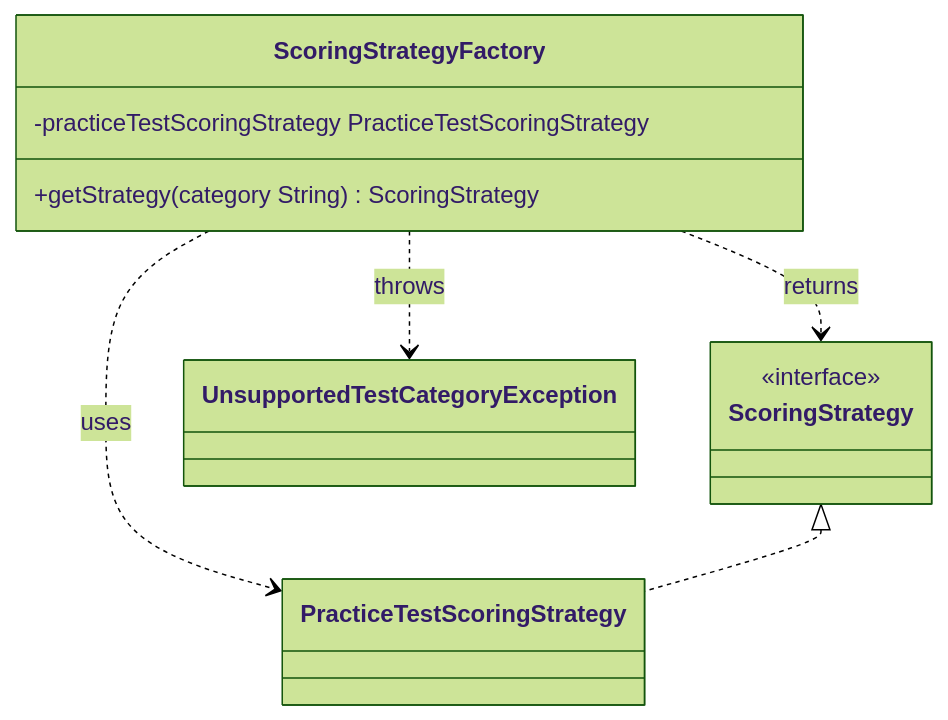
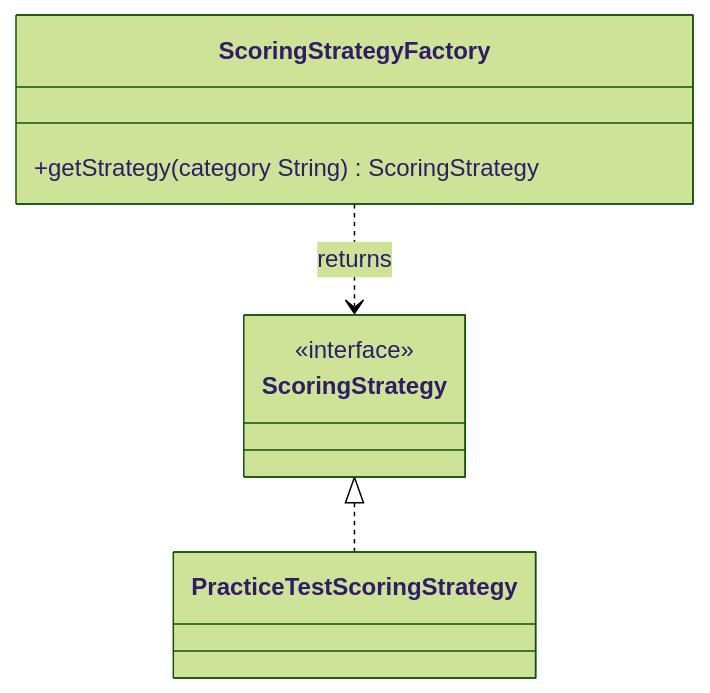
Before and after one commit to shook-04/IELTS-BETA: the second of 5 diagrams in backend/src/main/java/com/ieltsbeta/backend/pattern/DESIGN_PATTERNS.md, drawn with Mermaid (forest theme). The commit also changed other lines of this file and 1 other file, not shown here.

````diff
--- a/backend/src/main/java/com/ieltsbeta/backend/pattern/DESIGN_PATTERNS.md
+++ b/backend/src/main/java/com/ieltsbeta/backend/pattern/DESIGN_PATTERNS.md
@@ -53,17 +47,12 @@
 ```mermaid
 classDiagram
     class ScoringStrategyFactory {
-        -practiceTestScoringStrategy PracticeTestScoringStrategy
         +getStrategy(category String) ScoringStrategy
     }
     class ScoringStrategy {
         <<interface>>
     }
     class PracticeTestScoringStrategy
-    class UnsupportedTestCategoryException
-
     ScoringStrategyFactory ..> ScoringStrategy : returns
-    ScoringStrategyFactory ..> PracticeTestScoringStrategy : uses
-    ScoringStrategyFactory ..> UnsupportedTestCategoryException : throws
     ScoringStrategy <|.. PracticeTestScoringStrategy
 ```
````
